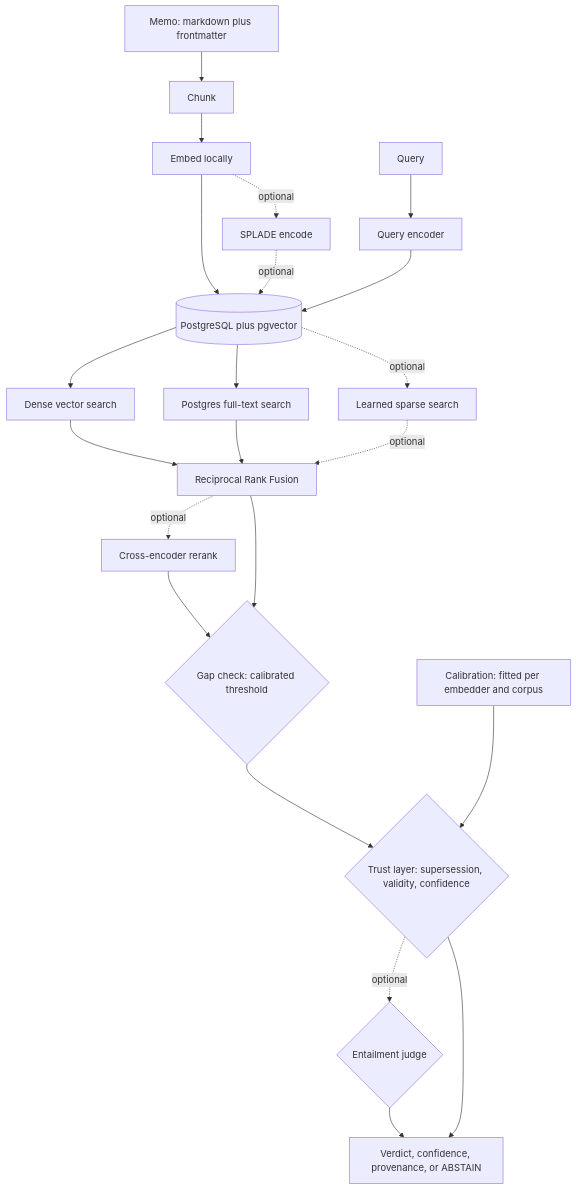
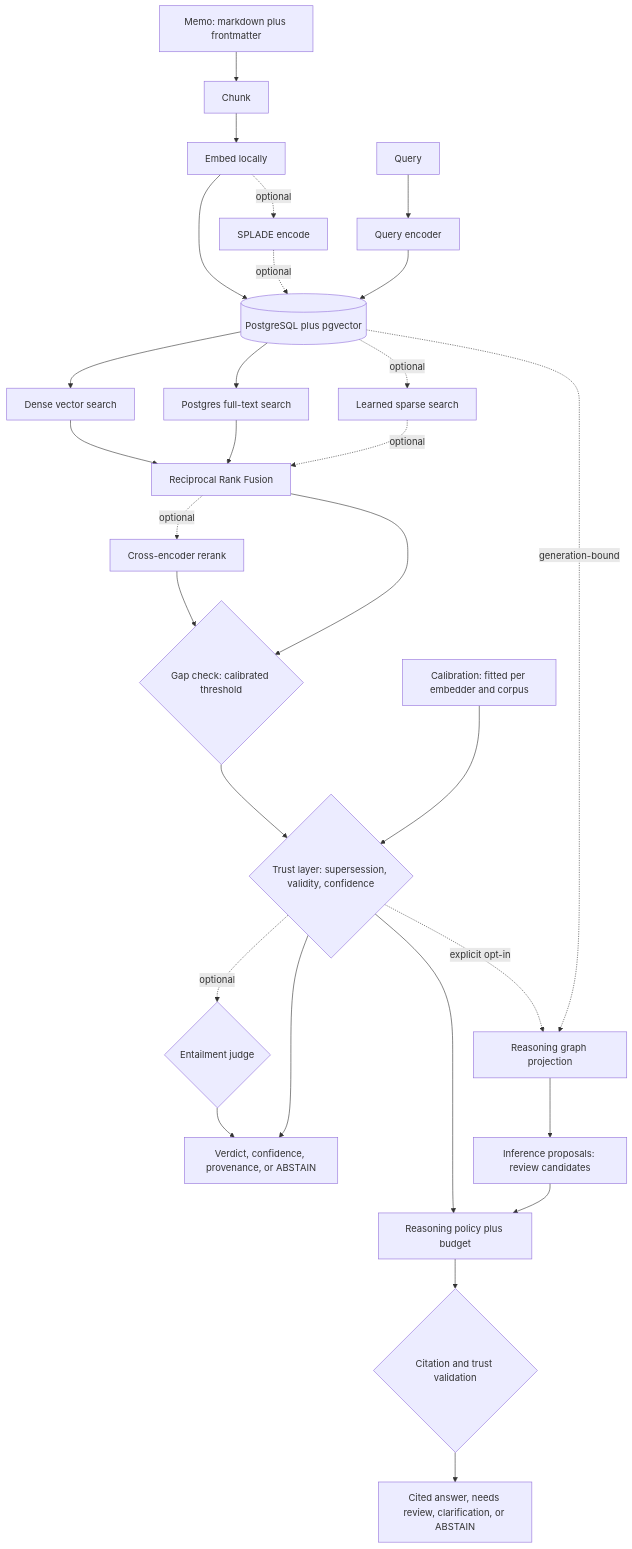
The diagram in README.md (GiulioDER/RE-call), drawn with Mermaid before and after one commit. The commit also changed other lines of this file and 3 other files, not shown here.

````diff
--- a/README.md
+++ b/README.md
@@ -115,28 +115,36 @@
 ```mermaid
 flowchart TB
     M["Memo: markdown plus frontmatter"] --> CH["Chunk"]
     CH --> EW["Embed locally"]
     EW -. "optional" .-> SP["SPLADE encode"]
     EW --> DB
     SP -. "optional" .-> DB
 
     Q["Query"] --> EQ["Query encoder"]
     EQ --> DB[("PostgreSQL plus pgvector")]
 
     DB --> DN["Dense vector search"]
     DB --> SL["Postgres full-text search"]
     DB -. "optional" .-> LS["Learned sparse search"]
 
     DN --> F["Reciprocal Rank Fusion"]
     SL --> F
     LS -. "optional" .-> F
 
     F -. "optional" .-> RR["Cross-encoder rerank"]
     RR --> GP
     F --> GP{"Gap check: calibrated threshold"}
     GP --> TR{"Trust layer: supersession, validity, confidence"}
     CAL["Calibration: fitted per embedder and corpus"] --> TR
     TR -. "optional" .-> EJ{"Entailment judge"}
     EJ --> OUT
     TR --> OUT["Verdict, confidence, provenance, or ABSTAIN"]
+
+    TR -. "explicit opt-in" .-> RG["Reasoning graph projection"]
+    DB -. "generation-bound" .-> RG
+    RG --> IP["Inference proposals: review candidates"]
+    TR --> RP["Reasoning policy plus budget"]
+    IP --> RP
+    RP --> RV{"Citation and trust validation"}
+    RV --> ROUT["Cited answer, needs review, clarification, or ABSTAIN"]
 ```
````
